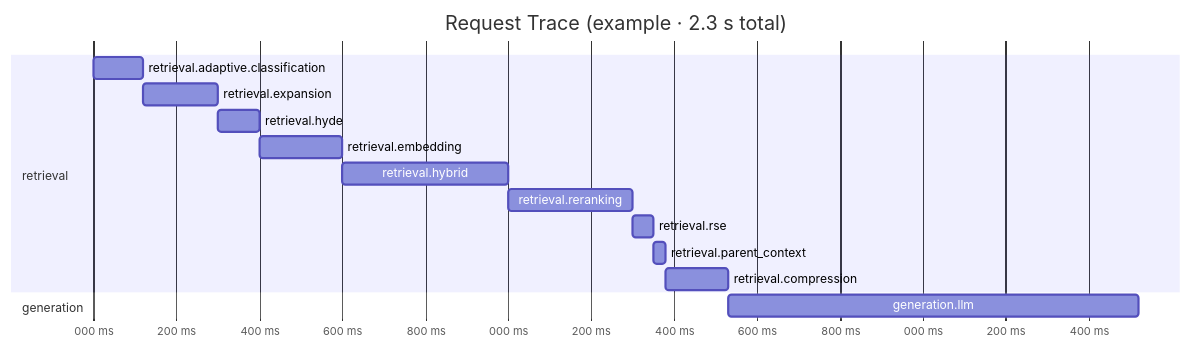
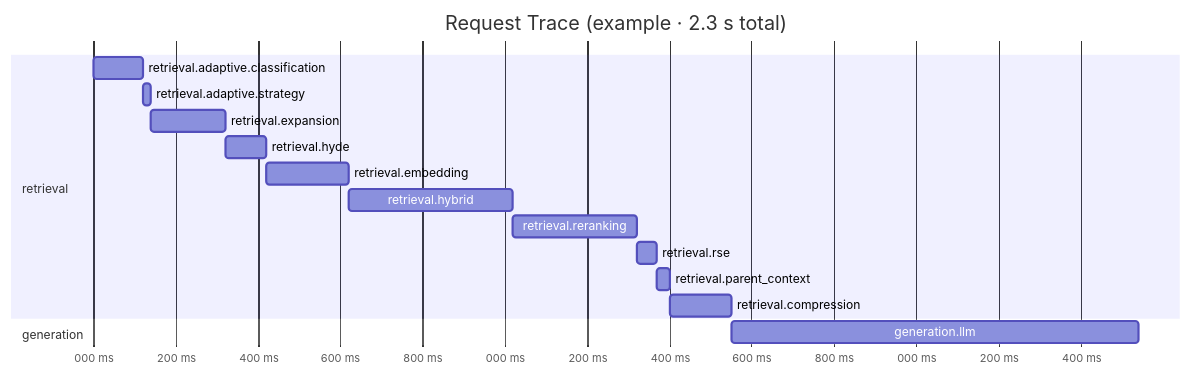
One commit to ealbertoav/rag_platform changed the ninth of 10 diagrams in README.md. Above: the diagram before and after it, drawn with Mermaid. The commit also changed other lines of this file and 14 other files, not shown here.

First line of the commit message:
feat: introduce adaptive retrieval strategies with per-category tuning

````diff
--- a/README.md
+++ b/README.md
@@ -1424,20 +1486,21 @@
 ```mermaid
 gantt
     title Request Trace (example · 2.3 s total)
     dateFormat  x
     axisFormat  %L ms
 
     section retrieval
     retrieval.adaptive.classification :0, 120
-    retrieval.expansion    :120, 300
-    retrieval.hyde         :300, 400
-    retrieval.embedding    :400, 600
-    retrieval.hybrid       :600, 1000
-    retrieval.reranking    :1000, 1300
-    retrieval.rse          :1300, 1350
-    retrieval.parent_context :1350, 1380
-    retrieval.compression  :1380, 1530
+    retrieval.adaptive.strategy :120, 140
+    retrieval.expansion    :140, 320
+    retrieval.hyde         :320, 420
+    retrieval.embedding    :420, 620
+    retrieval.hybrid       :620, 1020
+    retrieval.reranking    :1020, 1320
+    retrieval.rse          :1320, 1370
+    retrieval.parent_context :1370, 1400
+    retrieval.compression  :1400, 1550
 
     section generation
-    generation.llm         :1530, 2520
+    generation.llm         :1550, 2540
 ```
````
